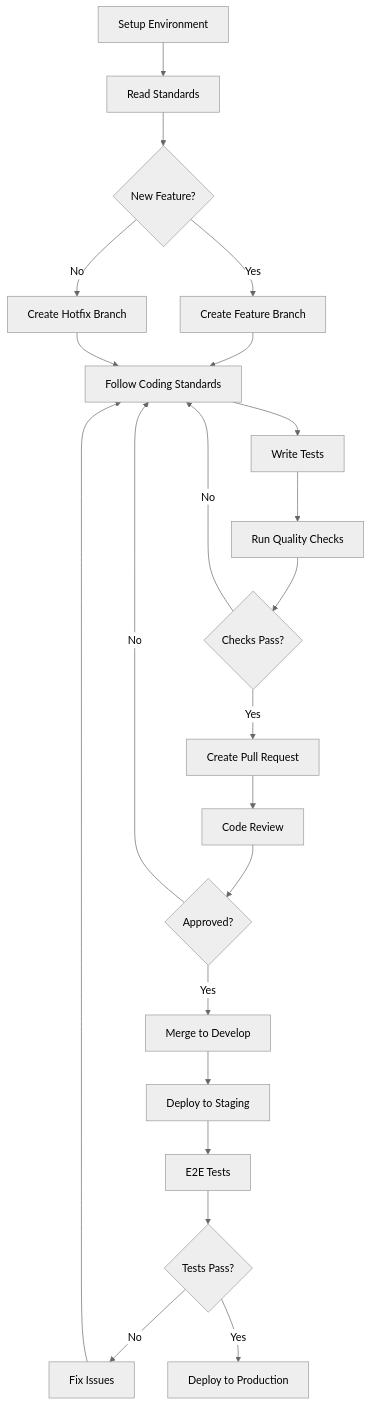
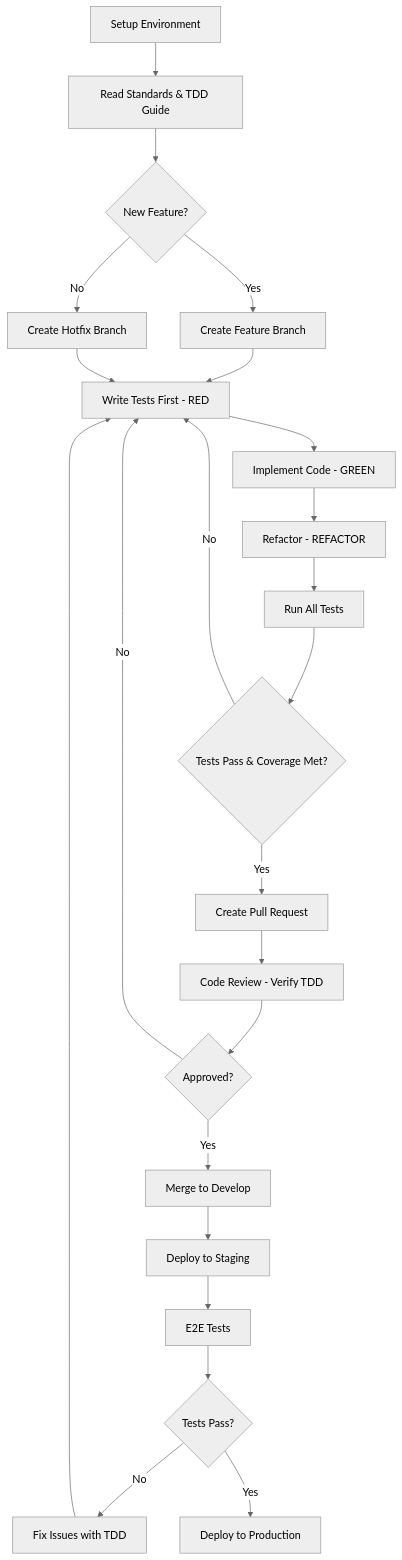
One commit to nissimbuchs/BATbern2 changed the diagram in docs/architecture/07-development-standards.md. Above: the diagram before and after it, drawn with Mermaid (neutral theme). The commit also changed other lines of this file and 8 other files, not shown here.

First line of the commit message:
feat: implement comprehensive TDD framework for BATbern platform

````diff
--- a/docs/architecture/07-development-standards.md
+++ b/docs/architecture/07-development-standards.md
@@ -127,24 +143,25 @@
 ```mermaid
 graph TD
-    A[Setup Environment] --> B[Read Standards]
+    A[Setup Environment] --> B[Read Standards & TDD Guide]
     B --> C{New Feature?}
     C -->|Yes| D[Create Feature Branch]
     C -->|No| E[Create Hotfix Branch]
-    D --> F[Follow Coding Standards]
-    E --> F
-    F --> G[Write Tests]
-    G --> H[Run Quality Checks]
-    H --> I{Checks Pass?}
-    I -->|No| F
-    I -->|Yes| J[Create Pull Request]
-    J --> K[Code Review]
+    D --> TDD[Write Tests First - RED]
+    E --> TDD
+    TDD --> F[Implement Code - GREEN]
+    F --> REF[Refactor - REFACTOR]
+    REF --> G[Run All Tests]
+    G --> H{Tests Pass & Coverage Met?}
+    H -->|No| TDD
+    H -->|Yes| J[Create Pull Request]
+    J --> K[Code Review - Verify TDD]
     K --> L{Approved?}
-    L -->|No| F
+    L -->|No| TDD
     L -->|Yes| M[Merge to Develop]
     M --> N[Deploy to Staging]
     N --> O[E2E Tests]
     O --> P{Tests Pass?}
-    P -->|No| Q[Fix Issues]
-    Q --> F
+    P -->|No| Q[Fix Issues with TDD]
+    Q --> TDD
     P -->|Yes| R[Deploy to Production]
 ```
````
